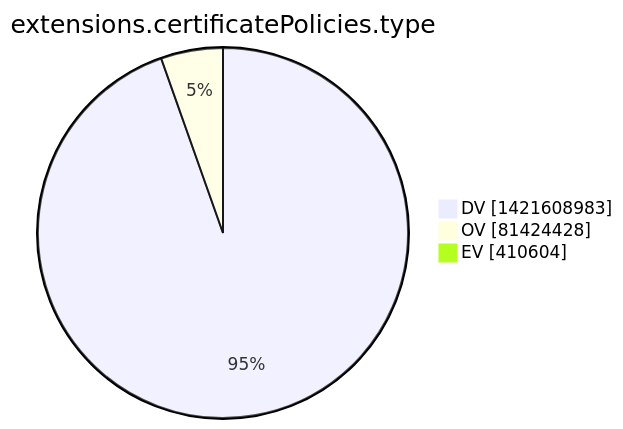
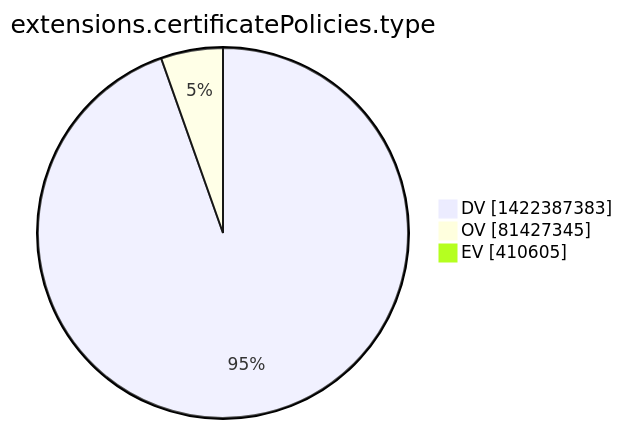
One commit to christiankrug/ctmonitor_visualization changed the tenth of 15 diagrams in xenon2022/README.md. Above: the diagram before and after it, drawn with Mermaid. The commit also changed other lines of this file, not shown here.

````diff
--- a/xenon2022/README.md
+++ b/xenon2022/README.md
@@ -2866,7 +2866,7 @@
 ```mermaid
 pie showData
 title extensions.certificatePolicies.type
-"DV" :1421608983
-"OV" :81424428
-"EV" :410604
+"DV" :1422387383
+"OV" :81427345
+"EV" :410605
 ```
````
